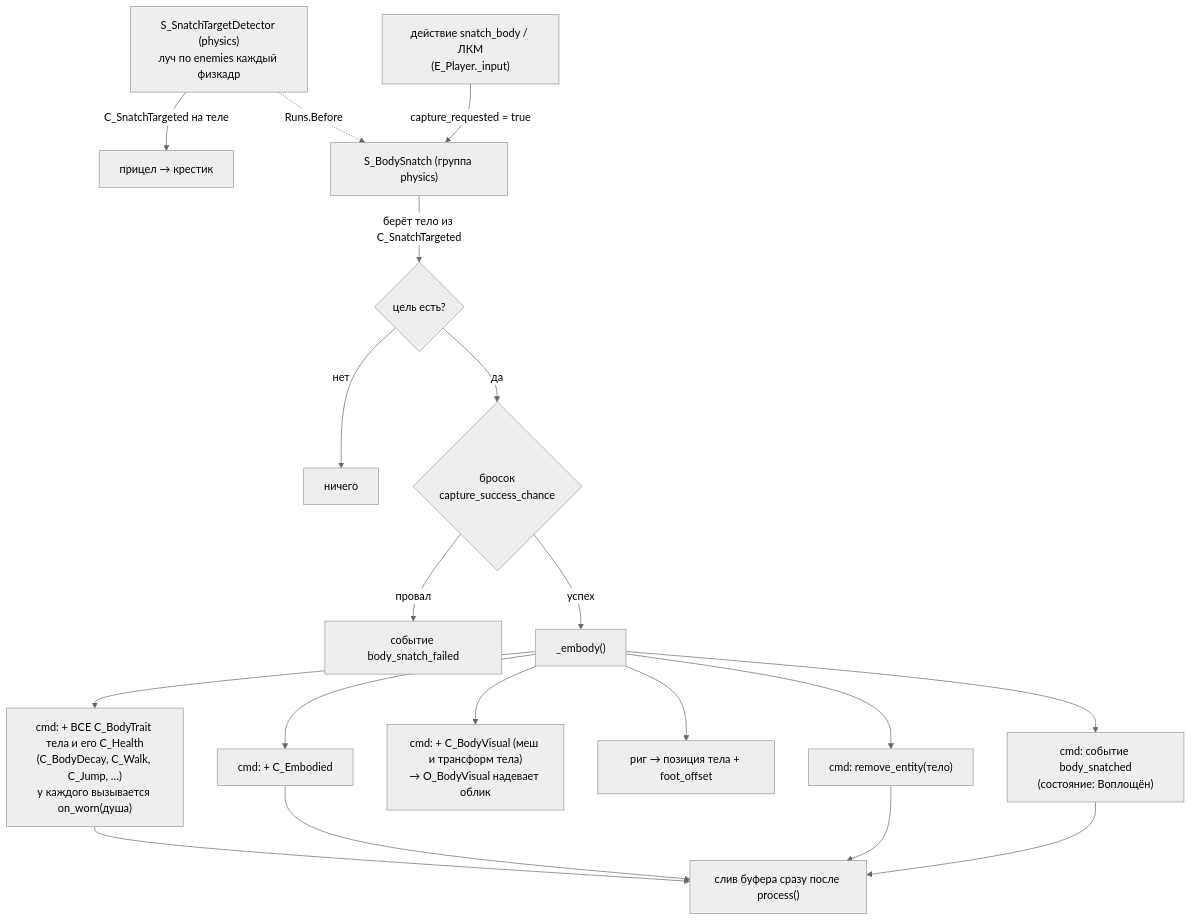
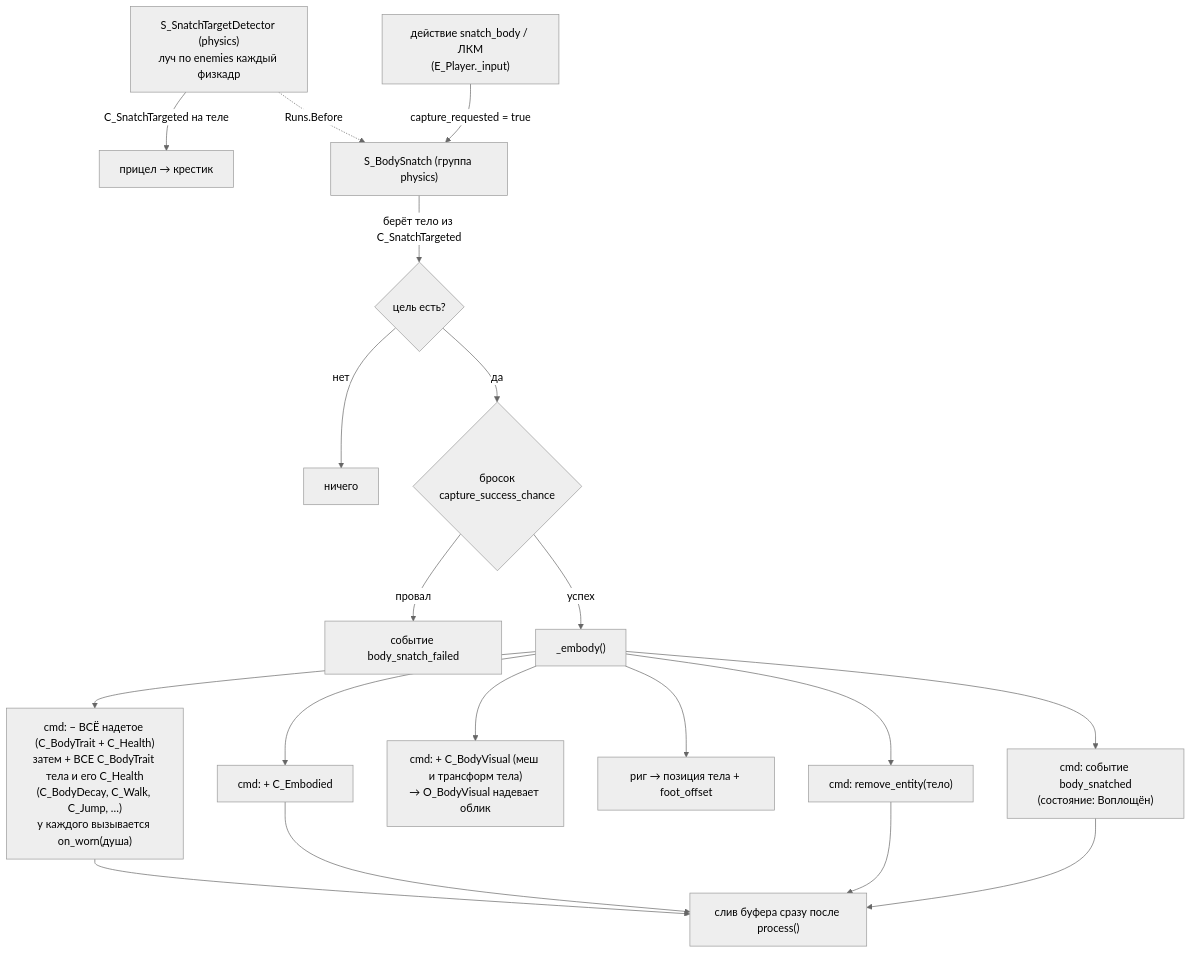
Before and after one commit to Manshooo/astral-genesis: the first of 2 diagrams in docs/astral-genesis/how-to/Захват тела.md, drawn with Mermaid (neutral theme). The commit also changed other lines of this file and 47 other files, not shown here.

````diff
--- a/docs/astral-genesis/how-to/Захват тела.md
+++ b/docs/astral-genesis/how-to/Захват тела.md
@@ -199,19 +250,19 @@
 ```mermaid
 flowchart TD
     det["S_SnatchTargetDetector (physics)<br/>луч по enemies каждый физкадр"] -->|"C_SnatchTargeted на теле"| cross["прицел → крестик"]
     lmb["действие snatch_body / ЛКМ<br/>(E_Player._input)"] -->|"capture_requested = true"| sbs["S_BodySnatch (группа physics)"]
     sbs -->|"берёт тело из C_SnatchTargeted"| hit{"цель есть?"}
     det -.->|"Runs.Before"| sbs
     hit -->|"нет"| idle["ничего"]
     hit -->|"да"| roll{"бросок<br/>capture_success_chance"}
     roll -->|"провал"| failed["событие body_snatch_failed"]
     roll -->|"успех"| embody["_embody()"]
 
-    embody --> e1["cmd: + ВСЕ C_BodyTrait тела и его C_Health<br/>(C_BodyDecay, C_Walk, C_Jump, …)<br/>у каждого вызывается on_worn(душа)"]
+    embody --> e1["cmd: − ВСЁ надетое (C_BodyTrait + C_Health)<br/>затем + ВСЕ C_BodyTrait тела и его C_Health<br/>(C_BodyDecay, C_Walk, C_Jump, …)<br/>у каждого вызывается on_worn(душа)"]
     embody --> e2["cmd: + C_Embodied"]
     embody --> e2b["cmd: + C_BodyVisual (меш и трансформ тела)<br/>→ O_BodyVisual надевает облик"]
     embody --> e4["риг → позиция тела + foot_offset"]
     embody --> e5["cmd: remove_entity(тело)"]
     embody --> done["cmd: событие body_snatched<br/>(состояние: Воплощён)"]
     e1 & e2 & e5 & done --> flush["слив буфера сразу после process()"]
 ```
````
